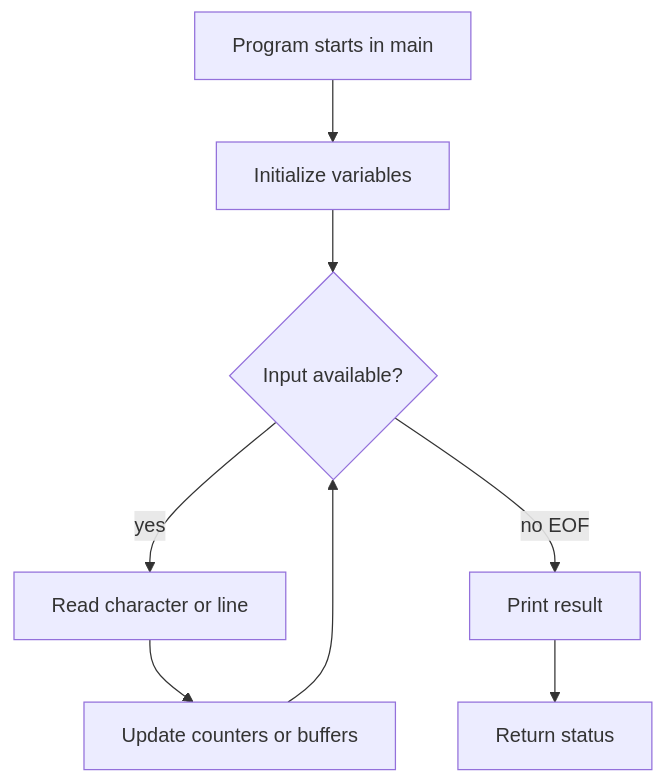
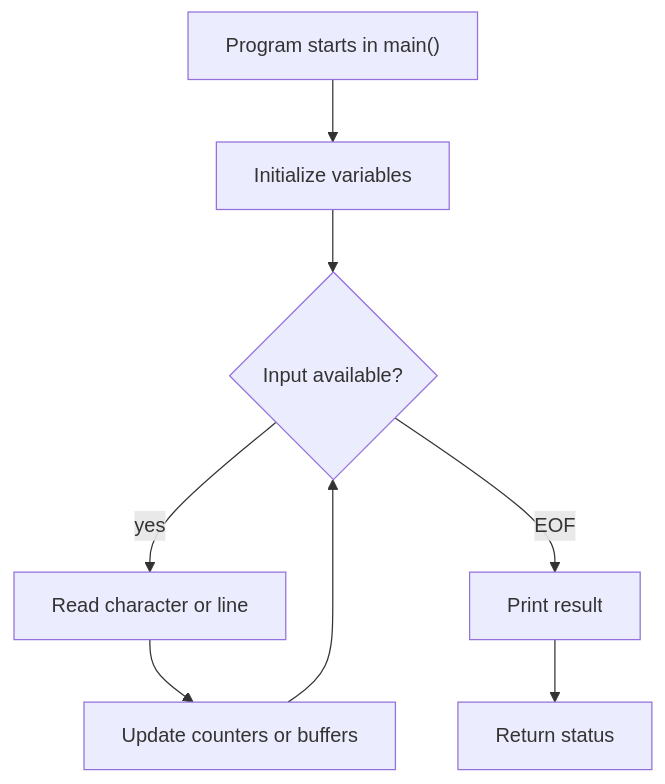
The diagram in docs/cs/programming/c/tutorial-introduction.md (justinbrianhwang/SJ-wiki), drawn with Mermaid before and after one commit. The commit also changed other lines of this file and 955 other files, not shown here.

````diff
--- a/docs/cs/programming/c/tutorial-introduction.md
+++ b/docs/cs/programming/c/tutorial-introduction.md
@@ -76,10 +60,10 @@
 ```mermaid
 flowchart TD
-  A[Program starts in main] --> B[Initialize variables]
+  A["Program starts in main()"] --> B[Initialize variables]
   B --> C{"Input available?"}
   C -->|yes| D[Read character or line]
   D --> E[Update counters or buffers]
   E --> C
-  C -->|no EOF| F[Print result]
+  C -->|EOF| F[Print result]
   F --> G[Return status]
 ```
````
